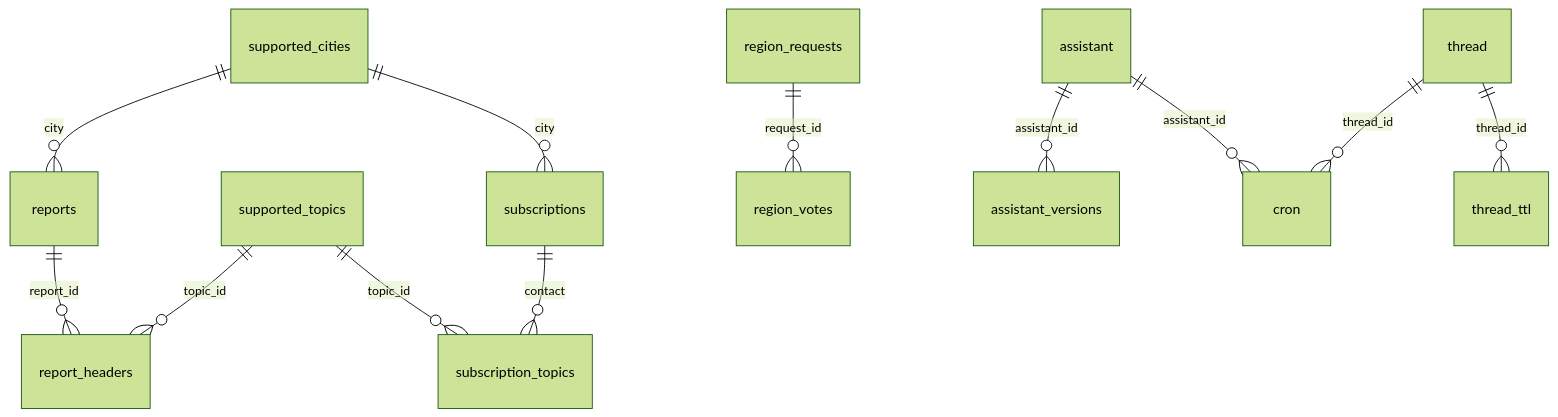
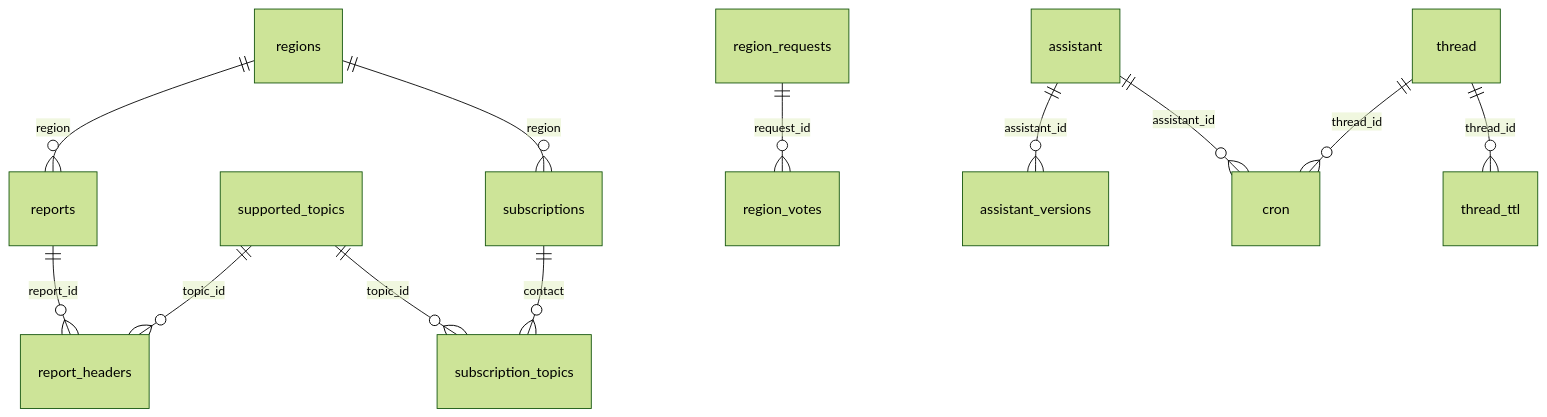
Before and after one commit to Next-Voters/Local: the diagram in docs/DB_INFRASTRUCTURE.md, drawn with Mermaid (forest theme). The commit also changed other lines of this file and 11 other files, not shown here.

First line of the commit message:
Rename supported_cities table to regions and city columns to region

````diff
--- a/docs/DB_INFRASTRUCTURE.md
+++ b/docs/DB_INFRASTRUCTURE.md
@@ -166,14 +166,14 @@
 ```mermaid
 erDiagram
-    supported_cities ||--o{ subscriptions : "city"
-    supported_cities ||--o{ reports : "city"
+    regions ||--o{ subscriptions : "region"
+    regions ||--o{ reports : "region"
     reports ||--o{ report_headers : "report_id"
     supported_topics ||--o{ subscription_topics : "topic_id"
     supported_topics ||--o{ report_headers : "topic_id"
     subscriptions ||--o{ subscription_topics : "contact"
     region_requests ||--o{ region_votes : "request_id"
     assistant ||--o{ assistant_versions : "assistant_id"
     assistant ||--o{ cron : "assistant_id"
     thread ||--o{ thread_ttl : "thread_id"
     thread ||--o{ cron : "thread_id"
 ```
````
